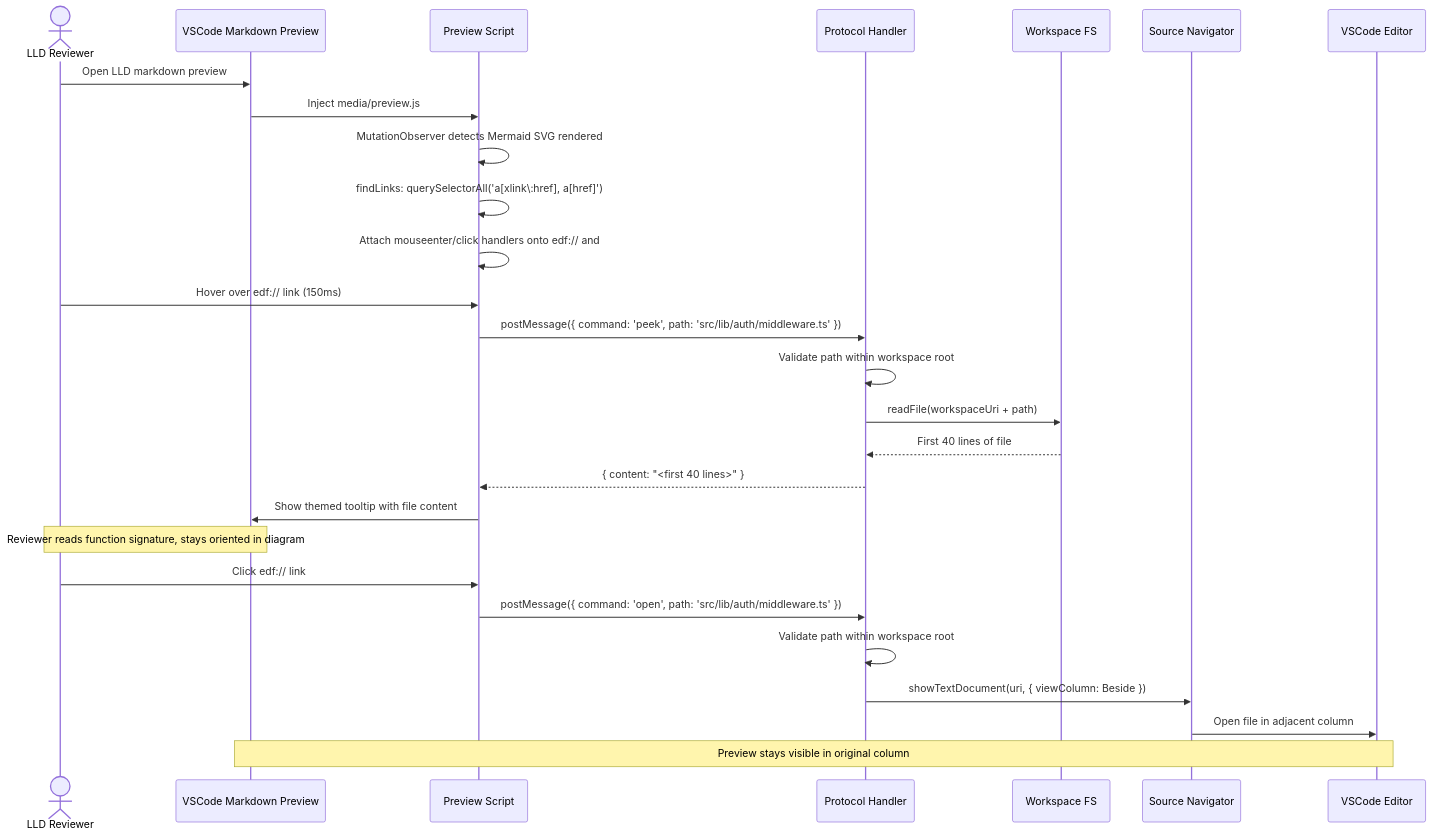
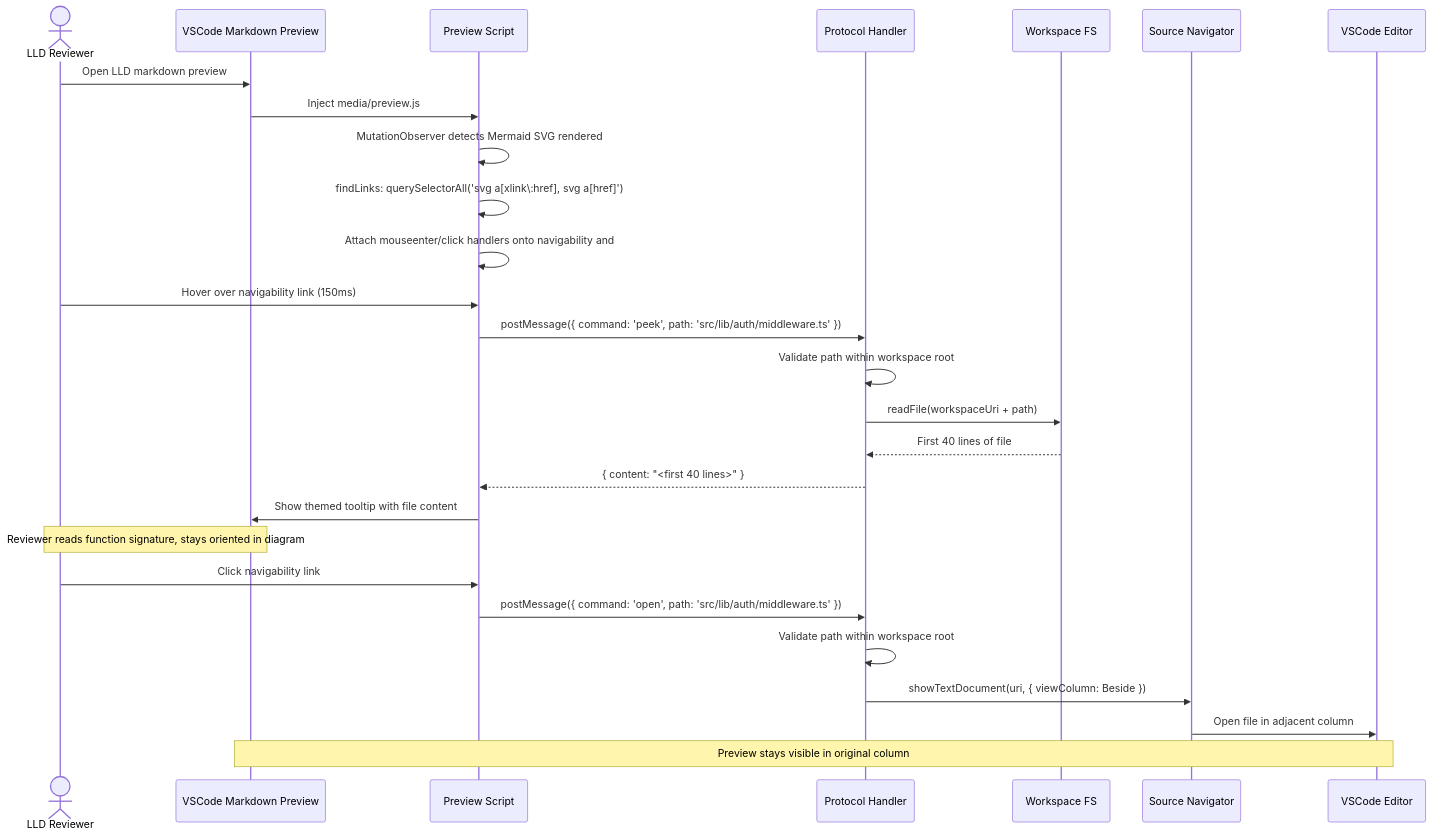
The third of 7 diagrams in plugins/edf/docs/design/v1/v1-design.md (mironyx/engineering-delivery-framework), drawn with Mermaid before and after one commit. The commit also changed other lines of this file and 16 other files, not shown here.

First line of the commit message:
docs: finalize v1 architect artefacts — Option A navigability, LLDs, task issues

````diff
--- a/plugins/edf/docs/design/v1/v1-design.md
+++ b/plugins/edf/docs/design/v1/v1-design.md
@@ -373,32 +379,32 @@
 ```mermaid
 sequenceDiagram
     actor Reviewer as LLD Reviewer
     participant Preview as VSCode Markdown Preview
     participant Script as Preview Script
     participant Handler as Protocol Handler
     participant FS as Workspace FS
     participant Nav as Source Navigator
     participant Editor as VSCode Editor
 
     Reviewer->>Preview: Open LLD markdown preview
     Preview->>Script: Inject media/preview.js
     Script->>Script: MutationObserver detects Mermaid SVG rendered
-    Script->>Script: findLinks: querySelectorAll('a[xlink\:href], a[href]')
-    Script->>Script: Attach mouseenter/click handlers onto edf:// and #LLD- links
+    Script->>Script: findLinks: querySelectorAll('svg a[xlink\:href], svg a[href]')
+    Script->>Script: Attach mouseenter/click handlers onto navigability and #LLD- links
 
-    Reviewer->>Script: Hover over edf:// link (150ms)
+    Reviewer->>Script: Hover over navigability link (150ms)
     Script->>Handler: postMessage({ command: 'peek', path: 'src/lib/auth/middleware.ts' })
     Handler->>Handler: Validate path within workspace root
     Handler->>FS: readFile(workspaceUri + path)
     FS-->>Handler: First 40 lines of file
     Handler-->>Script: { content: "<first 40 lines>" }
     Script->>Preview: Show themed tooltip with file content
     Note over Reviewer,Preview: Reviewer reads function signature, stays oriented in diagram
 
-    Reviewer->>Script: Click edf:// link
+    Reviewer->>Script: Click navigability link
     Script->>Handler: postMessage({ command: 'open', path: 'src/lib/auth/middleware.ts' })
     Handler->>Handler: Validate path within workspace root
     Handler->>Nav: showTextDocument(uri, { viewColumn: Beside })
     Nav->>Editor: Open file in adjacent column
     Note over Preview,Editor: Preview stays visible in original column
 ```
````
